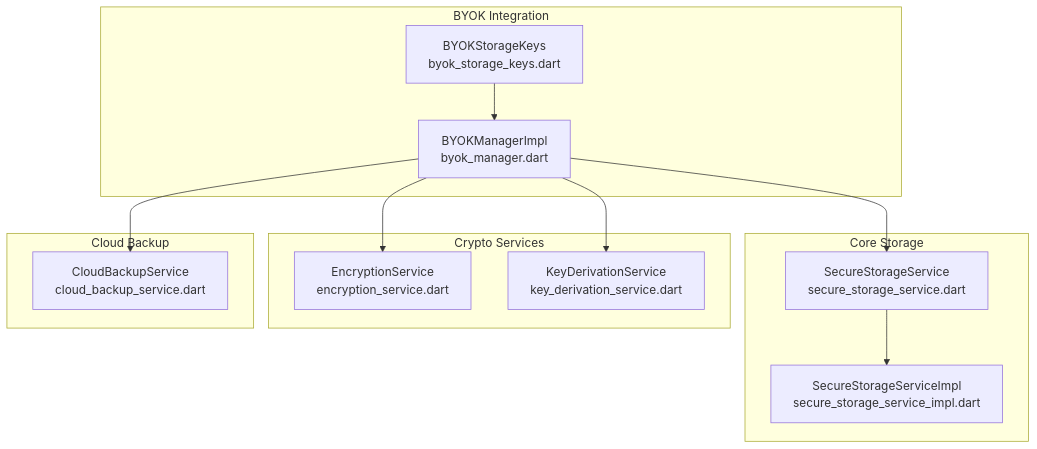
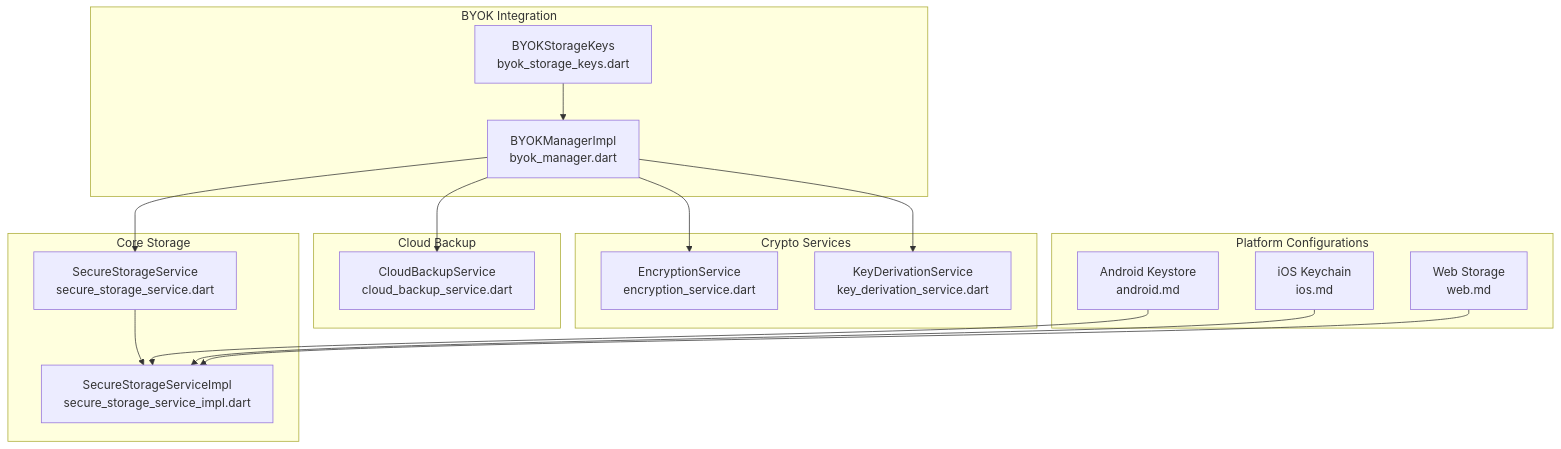
The first of 6 diagrams in .qoder/repowiki/en/content/Core Services/Secure Storage Service.md (JAaron93/StyleSync), drawn with Mermaid before and after one commit. The commit also changed other lines of this file and 36 other files, not shown here.

````diff
--- a/.qoder/repowiki/en/content/Core Services/Secure Storage Service.md
+++ b/.qoder/repowiki/en/content/Core Services/Secure Storage Service.md
@@ -39,24 +55,32 @@
 ```mermaid
 graph TB
 subgraph "Core Storage"
 SSI["SecureStorageServiceImpl<br/>secure_storage_service_impl.dart"]
 SSI_API["SecureStorageService<br/>secure_storage_service.dart"]
 end
 subgraph "BYOK Integration"
 BYOK["BYOKManagerImpl<br/>byok_manager.dart"]
 Keys["BYOKStorageKeys<br/>byok_storage_keys.dart"]
 end
 subgraph "Crypto Services"
 ENC["EncryptionService<br/>encryption_service.dart"]
 KDF["KeyDerivationService<br/>key_derivation_service.dart"]
 end
 subgraph "Cloud Backup"
 CBS["CloudBackupService<br/>cloud_backup_service.dart"]
 end
+subgraph "Platform Configurations"
+ANDROID["Android Keystore<br/>android.md"]
+IOS["iOS Keychain<br/>ios.md"]
+WEB["Web Storage<br/>web.md"]
+end
 SSI_API --> SSI
 BYOK --> SSI_API
 BYOK --> ENC
 BYOK --> KDF
 BYOK --> CBS
 Keys --> BYOK
+ANDROID --> SSI
+IOS --> SSI
+WEB --> SSI
 ```
````
